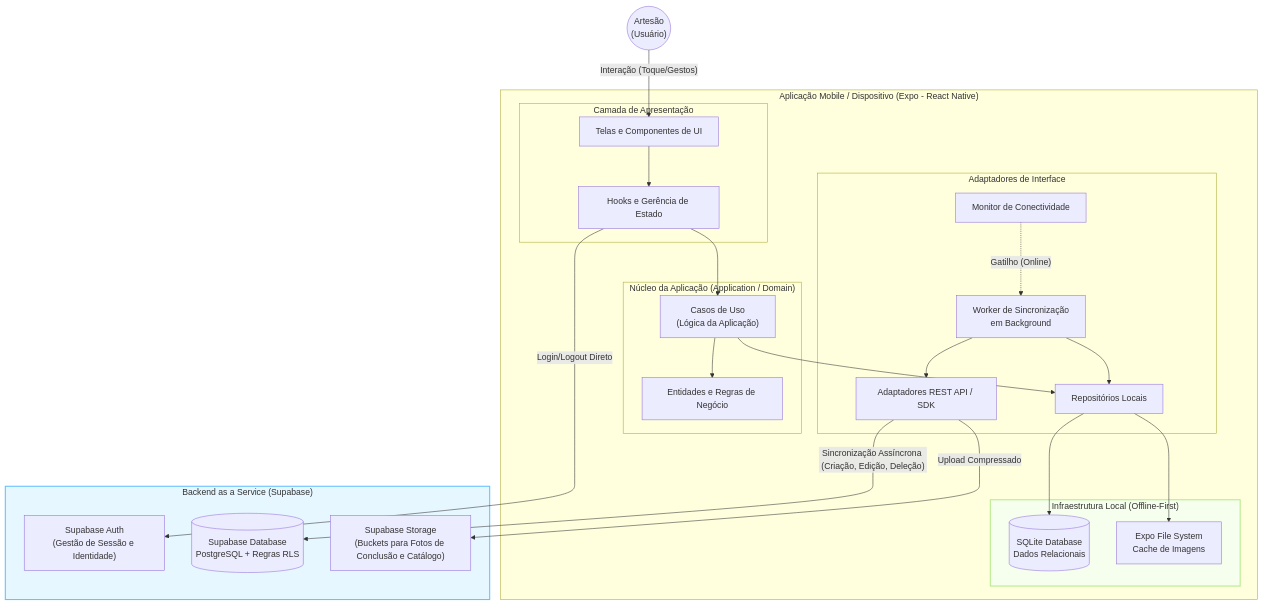
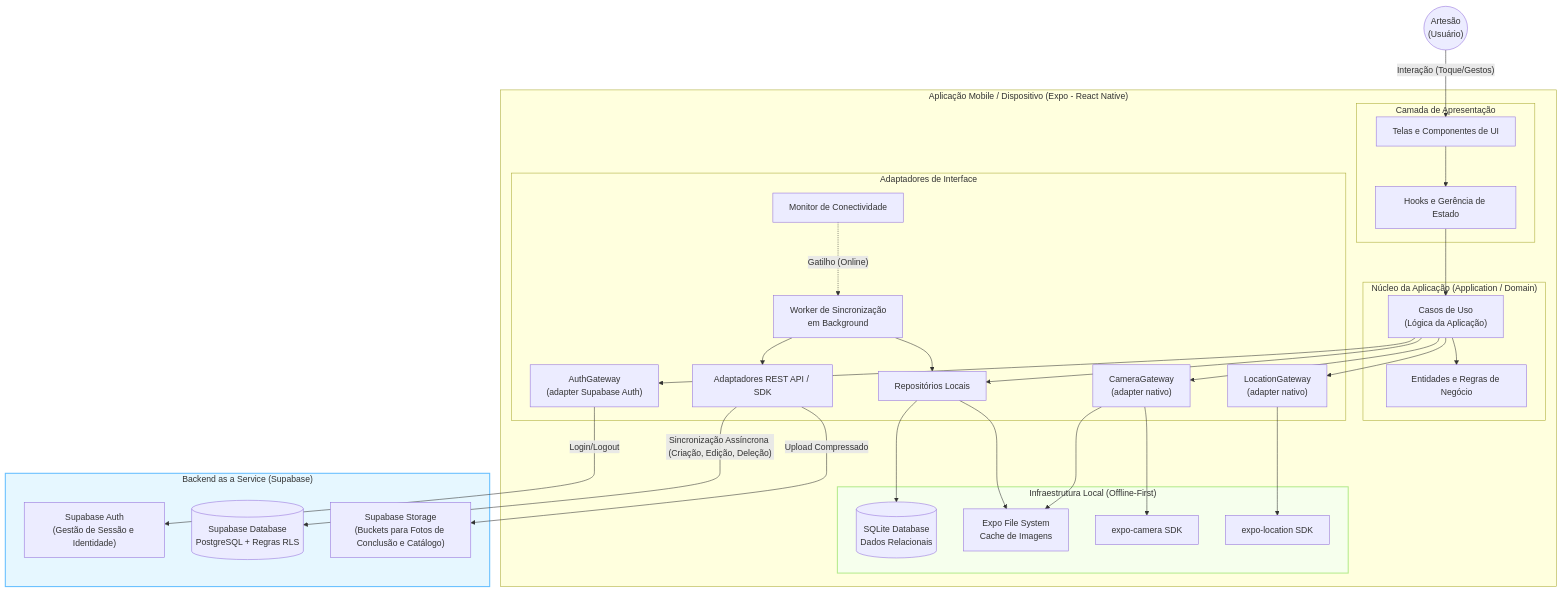
Diagram 14 of 14 in docs/ate-fase2.md (rmofilh/ate), drawn with Mermaid before and after one commit. The commit also changed other lines of this file and 13 other files, not shown here.

````diff
--- a/docs/ate-fase2.md
+++ b/docs/ate-fase2.md
@@ -1112,63 +1274,74 @@
 ```mermaid
 flowchart TD
     Artesao(("Artesão<br/>(Usuário)"))
 
     subgraph MobileApp ["Aplicação Mobile / Dispositivo (Expo - React Native)"]
         
         subgraph Presentation [Camada de Apresentação]
             Telas[Telas e Componentes de UI]
             Hooks[Hooks e Gerência de Estado]
         end
 
         subgraph ApplicationDomain ["Núcleo da Aplicação (Application / Domain)"]
             UseCases["Casos de Uso<br/>(Lógica da Aplicação)"]
             Entities[Entidades e Regras de Negócio]
         end
 
         subgraph InterfaceAdapters [Adaptadores de Interface]
             Repo[Repositórios Locais]
             SyncWorker[Worker de Sincronização<br/>em Background]
             NetListener[Monitor de Conectividade]
             SupabaseAdapter[Adaptadores REST API / SDK]
+            CameraGtw["CameraGateway<br/>(adapter nativo)"]
+            LocationGtw["LocationGateway<br/>(adapter nativo)"]
+            AuthGtw["AuthGateway<br/>(adapter Supabase Auth)"]
         end
         
         subgraph LocalInfra ["Infraestrutura Local (Offline-First)"]
             SQLite[(SQLite Database<br/>Dados Relacionais)]
             FS[Expo File System<br/>Cache de Imagens]
+            ExpoCam["expo-camera SDK"]
+            ExpoLoc["expo-location SDK"]
         end
 
         %% Fluxo interno da arquitetura Limpa
         Telas --> Hooks
         Hooks --> UseCases
         UseCases --> Entities
         UseCases --> Repo
+        UseCases --> CameraGtw
+        UseCases --> LocationGtw
+        UseCases --> AuthGtw
         
         %% Gravação Local
         Repo --> SQLite
         Repo --> FS
+        CameraGtw --> ExpoCam
+        CameraGtw --> FS
+        LocationGtw --> ExpoLoc
         
         %% Mecânica de Sincronização
         NetListener -.->|"Gatilho (Online)"| SyncWorker
         SyncWorker --> Repo
         SyncWorker --> SupabaseAdapter
     end
 
     subgraph BackendCloud ["Backend as a Service (Supabase)"]
         S_Auth["Supabase Auth<br/>(Gestão de Sessão e Identidade)"]
         S_DB[(Supabase Database<br/>PostgreSQL + Regras RLS)]
         S_Storage["Supabase Storage<br/>(Buckets para Fotos de Conclusão e Catálogo)"]
     end
 
     %% Integrações com a Nuvem
     Artesao -->|"Interação (Toque/Gestos)"| Telas
-    Hooks -->|Login/Logout Direto| S_Auth
+    AuthGtw -->|"Login/Logout"| S_Auth
     SupabaseAdapter -->|"Sincronização Assíncrona (Criação, Edição, Deleção)"| S_DB
     SupabaseAdapter -->|Upload Compressado| S_Storage
 
     %% Estilização
     classDef cloud fill:#e6f7ff,stroke:#69c0ff,stroke-width:2px;
     classDef localinfra fill:#f6ffed,stroke:#b7eb8f,stroke-width:2px;
     
     class BackendCloud cloud;
     class LocalInfra localinfra;
 ```
````
